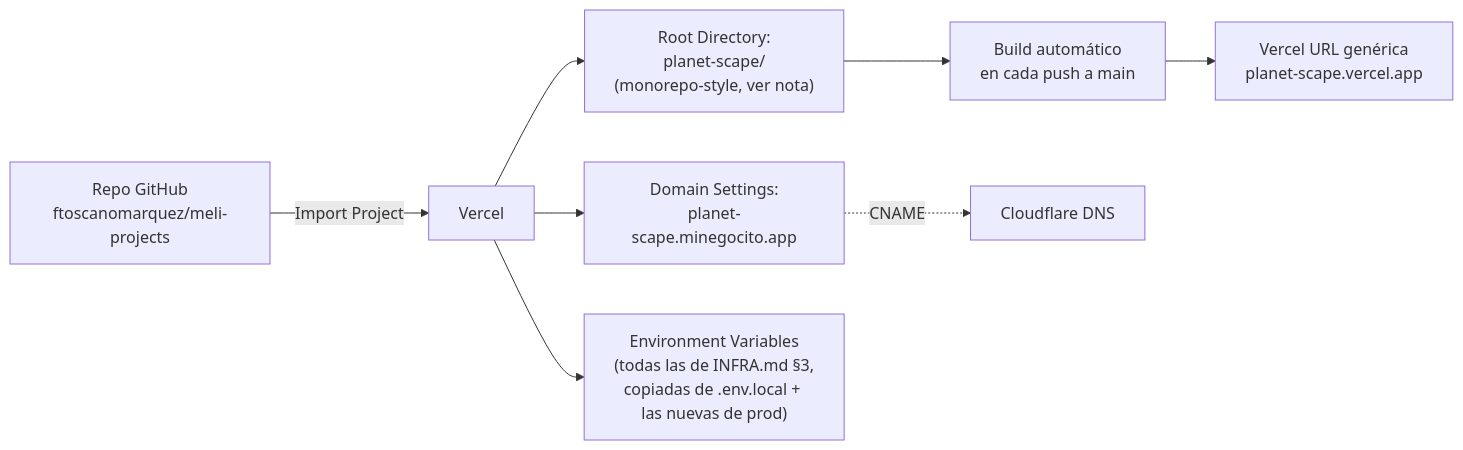
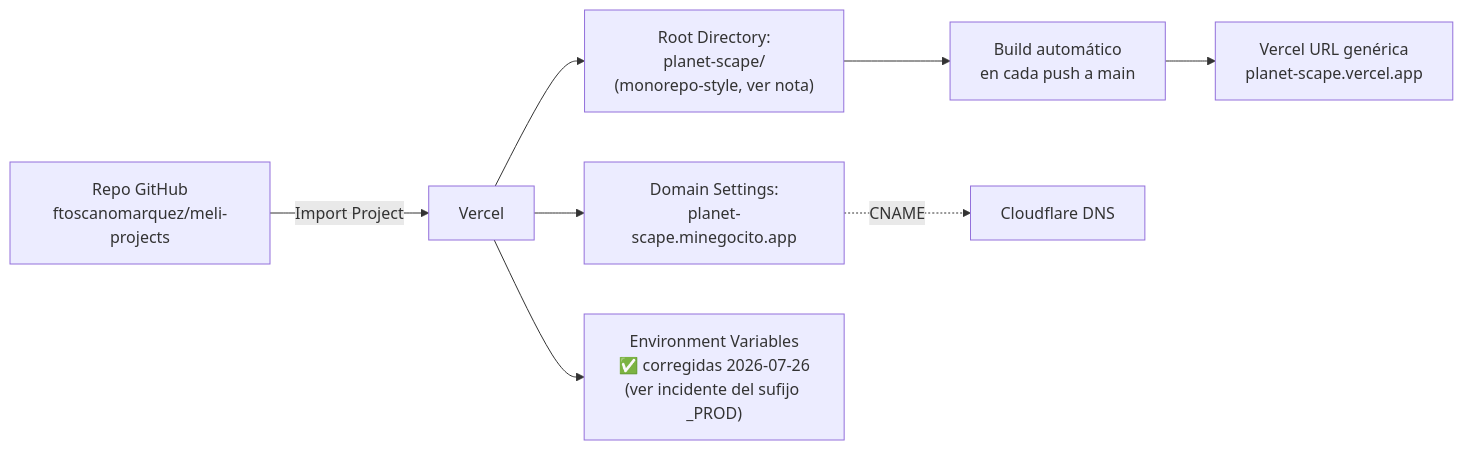
Before and after one commit to ftoscanomarquez/meli-projects: the seventh of 7 diagrams in planet-scape/docs/PRE-PROD.md, drawn with Mermaid. The commit also changed other lines of this file and 3 other files, not shown here.

````diff
--- a/planet-scape/docs/PRE-PROD.md
+++ b/planet-scape/docs/PRE-PROD.md
@@ -294,10 +321,10 @@
 ```mermaid
 flowchart LR
     A[Repo GitHub\nftoscanomarquez/meli-projects] -->|Import Project| B[Vercel]
     B --> C["Root Directory:\nplanet-scape/\n(monorepo-style, ver nota)"]
     C --> D[Build automático\nen cada push a main]
     D --> E["Vercel URL genérica\nplanet-scape.vercel.app"]
     B --> F["Domain Settings:\nplanet-scape.minegocito.app"]
     F -.CNAME.-> G[Cloudflare DNS]
-    B --> H["Environment Variables\n(todas las de INFRA.md §3,\ncopiadas de .env.local + las nuevas de prod)"]
+    B --> H["Environment Variables\n✅ corregidas 2026-07-26\n(ver incidente del sufijo _PROD)"]
 ```
````
